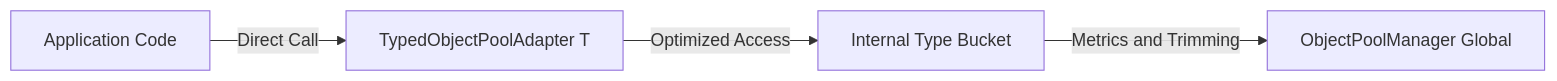
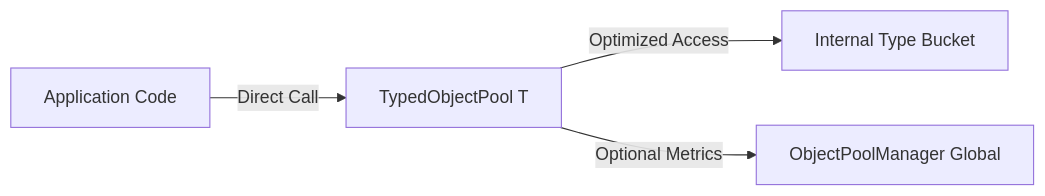
Before and after one commit to ppn-systems/Nalix: the diagram in docs/api/framework/memory/typed-object-pools.md, drawn with Mermaid. The commit also changed other lines of this file and 126 other files, not shown here.

````diff
--- a/docs/api/framework/memory/typed-object-pools.md
+++ b/docs/api/framework/memory/typed-object-pools.md
@@ -9,6 +9,6 @@
 ```mermaid
 graph LR
-    App[Application Code] -- Direct Call --> Adapter[TypedObjectPoolAdapter T]
-    Adapter -- Optimized Access --> Pool[Internal Type Bucket]
-    Pool -- Metrics and Trimming --> Manager[ObjectPoolManager Global]
+    App[Application Code] -- Direct Call --> TypedPool[TypedObjectPool T]
+    TypedPool -- Optimized Access --> Pool[Internal Type Bucket]
+    TypedPool -- Optional Metrics --> Manager[ObjectPoolManager Global]
 ```
````
